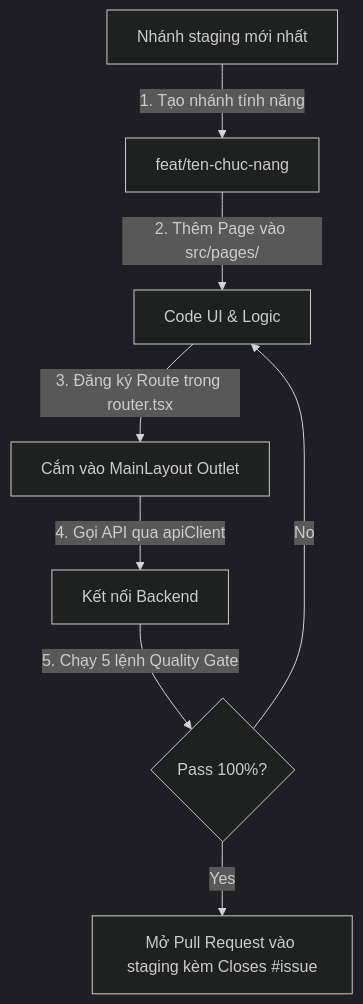
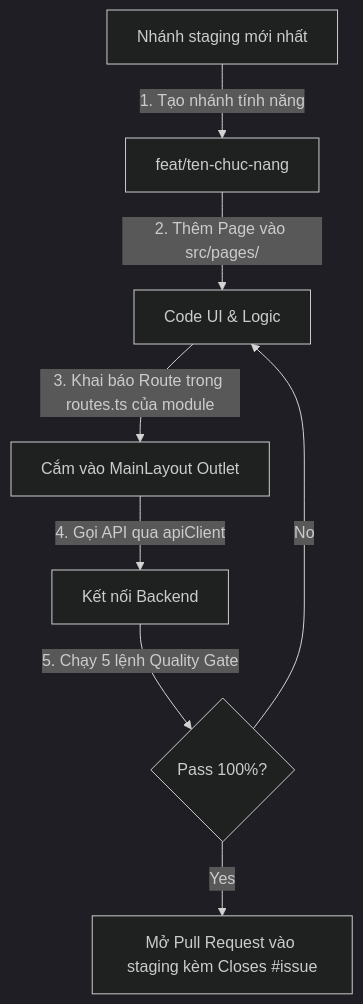
The diagram in docs/common/FRONTEND_BASELINE_GUIDE.md (Deus-Tinh/QuanLyVanBan_TLBM), drawn with Mermaid (dark theme) before and after one commit. The commit also changed other lines of this file and 39 other files, not shown here.

First line of the commit message:
refactor(router): khai báo route và trang theo module

````diff
--- a/docs/common/FRONTEND_BASELINE_GUIDE.md
+++ b/docs/common/FRONTEND_BASELINE_GUIDE.md
@@ -52,10 +52,10 @@
 ```mermaid
 graph TD
     A[Nhánh staging mới nhất] -->|1. Tạo nhánh tính năng| B[feat/ten-chuc-nang]
     B -->|2. Thêm Page vào src/pages/| C[Code UI & Logic]
-    C -->|3. Đăng ký Route trong router.tsx| D[Cắm vào MainLayout Outlet]
+    C -->|3. Khai báo Route trong routes.ts của module| D[Cắm vào MainLayout Outlet]
     D -->|4. Gọi API qua apiClient| E[Kết nối Backend]
     E -->|5. Chạy 5 lệnh Quality Gate| F{Pass 100%?}
     F -->|No| C
     F -->|Yes| G[Mở Pull Request vào staging kèm Closes #issue]
 ```
````
